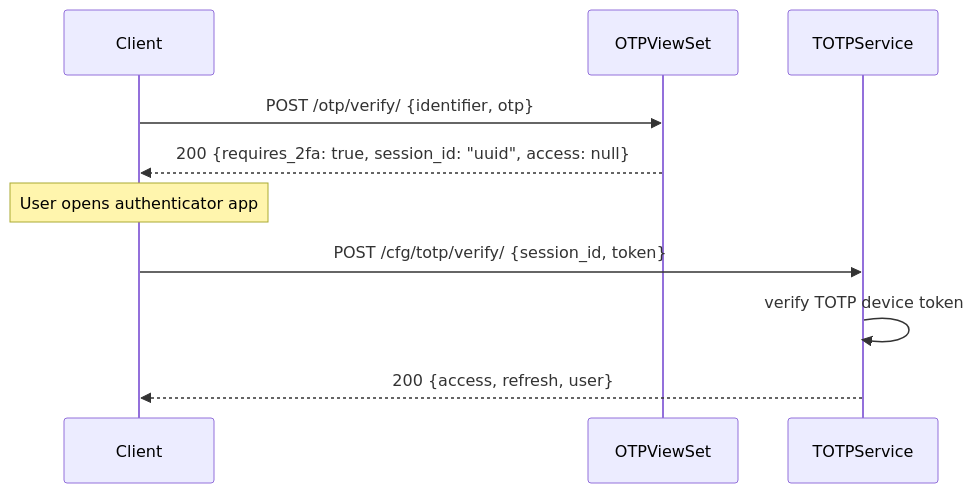
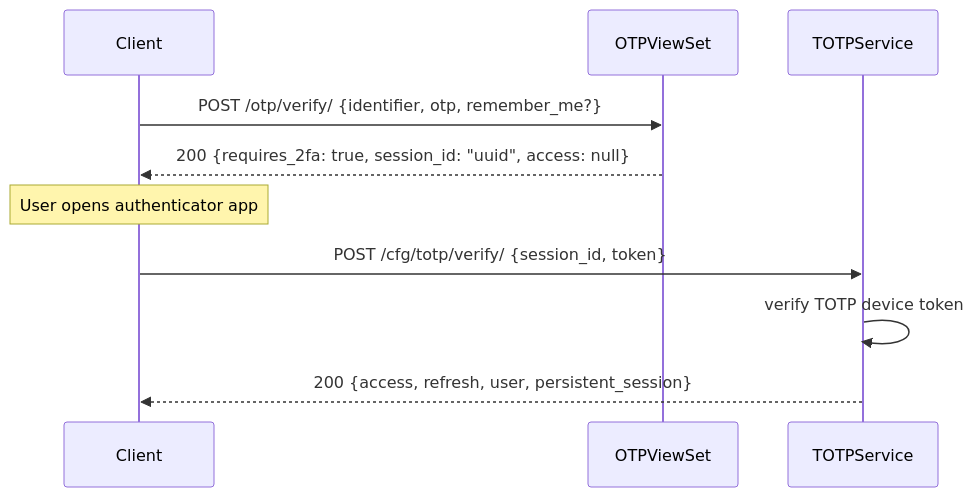
One commit to markolofsen/django-cfg changed the first of 3 diagrams in docs/features/built-in-apps/user-management/accounts/two-factor.mdx. Above: the diagram before and after it, drawn with Mermaid. The commit also changed other lines of this file and 43 other files, not shown here.

````diff
--- a/docs/features/built-in-apps/user-management/accounts/two-factor.mdx
+++ b/docs/features/built-in-apps/user-management/accounts/two-factor.mdx
@@ -51,15 +51,15 @@
 ```mermaid
 sequenceDiagram
     participant C as Client
     participant V as OTPViewSet
     participant TS as TOTPService
 
-    C->>V: POST /otp/verify/ {identifier, otp}
+    C->>V: POST /otp/verify/ {identifier, otp, remember_me?}
     V-->>C: 200 {requires_2fa: true, session_id: "uuid", access: null}
 
     Note over C: User opens authenticator app
 
     C->>TS: POST /cfg/totp/verify/ {session_id, token}
     TS->>TS: verify TOTP device token
-    TS-->>C: 200 {access, refresh, user}
+    TS-->>C: 200 {access, refresh, user, persistent_session}
 ```
````
